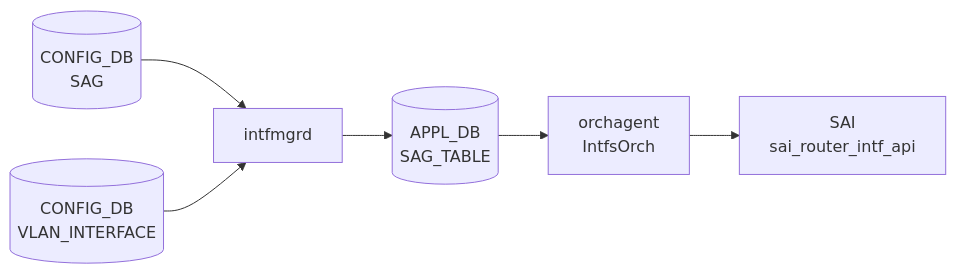
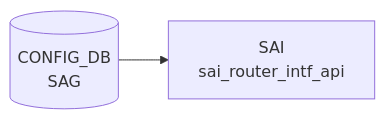
One commit to aoki-taquan/sonic-unofficial-docs changed the diagram in docs/reference/config-db/sag.md. Above: the diagram before and after it, drawn with Mermaid. The commit also changed other lines of this file and 359 other files, not shown here.

````diff
--- a/docs/reference/config-db/sag.md
+++ b/docs/reference/config-db/sag.md
@@ -35,14 +35,6 @@
 ```mermaid
 flowchart LR
   CDB[("CONFIG_DB<br/>SAG")]
-  VI[("CONFIG_DB<br/>VLAN_INTERFACE")]
-  DM["intfmgrd"]
-  CDB --> DM
-  VI --> DM
-  APPDB[("APPL_DB<br/>SAG_TABLE")]
-  DM --> APPDB
-  OA["orchagent<br/>IntfsOrch"]
-  APPDB --> OA
   SAI["SAI<br/>sai_router_intf_api"]
-  OA --> SAI
+  CDB --> SAI
 ```
````
